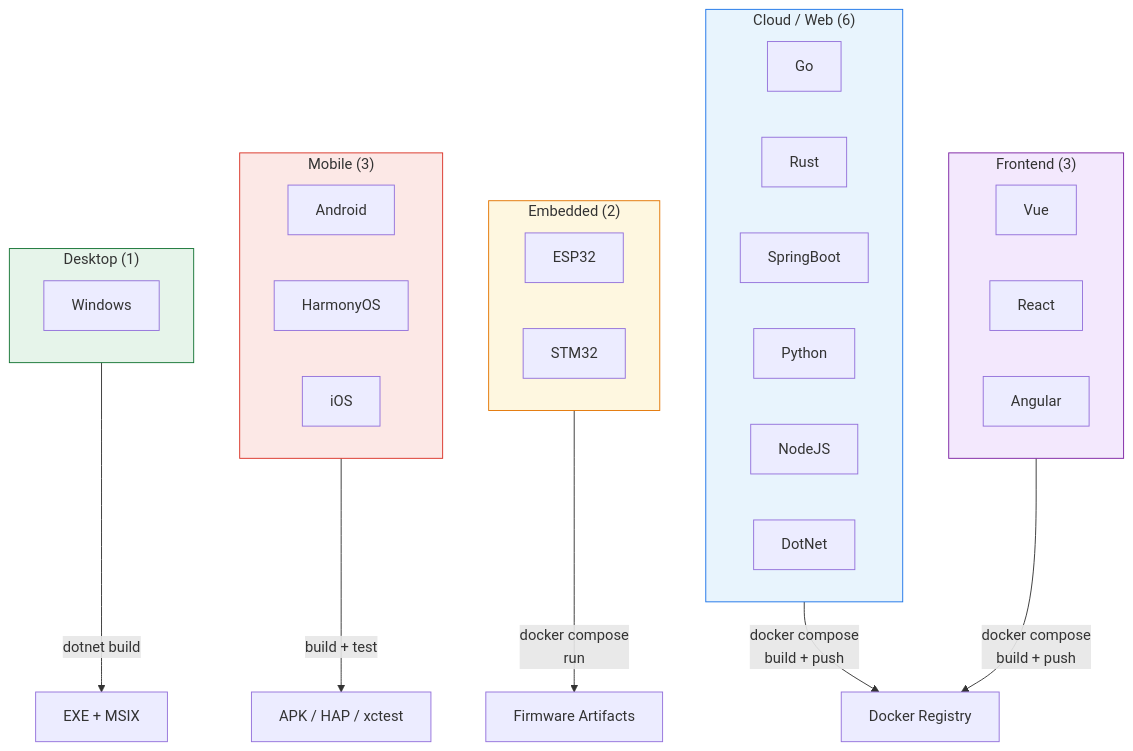
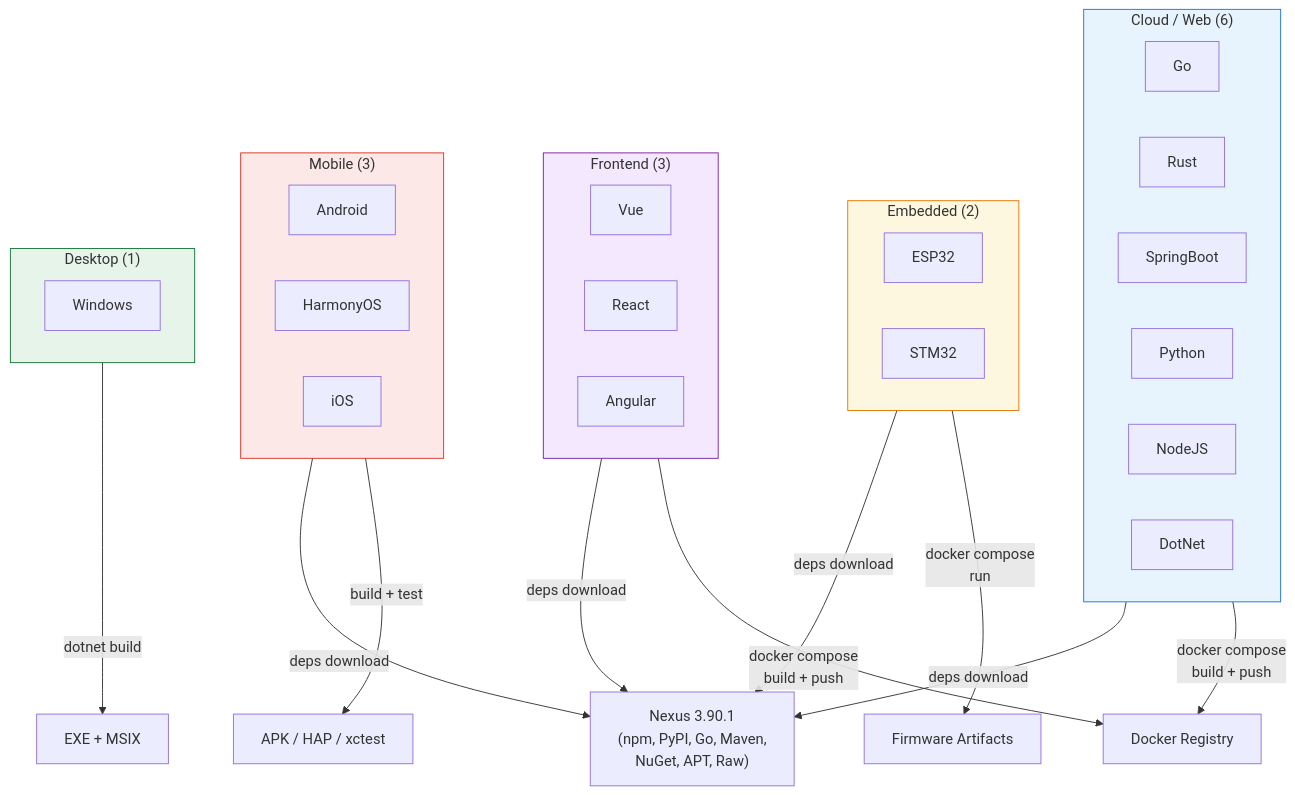
Before and after one commit to jrjohn/arcana-devops: the fourth of 5 diagrams in README.md, drawn with Mermaid. The commit also changed other lines of this file, not shown here.

Commit message:
docs: update README.md to reflect Nexus integration and 15/15 ALL GREEN

````diff
--- a/README.md
+++ b/README.md
@@ -316,34 +361,39 @@
 ```mermaid
 graph TD
     subgraph web ["Cloud / Web (6)"]
         Go & Rust & SpringBoot & Python & NodeJS & DotNet
     end
 
     subgraph frontend ["Frontend (3)"]
         Vue & React & Angular
     end
 
     subgraph embedded ["Embedded (2)"]
         ESP32 & STM32
     end
 
     subgraph mobile ["Mobile (3)"]
         Android & HarmonyOS & iOS
     end
 
     subgraph desktop ["Desktop (1)"]
         Windows
     end
 
     web -->|"docker compose<br/>build + push"| Registry["Docker Registry"]
     frontend -->|"docker compose<br/>build + push"| Registry
     embedded -->|"docker compose<br/>run"| Firmware["Firmware Artifacts"]
     mobile -->|"build + test"| APK["APK / HAP / xctest"]
     desktop -->|"dotnet build"| EXE["EXE + MSIX"]
 
+    web -->|"deps download"| Nexus["Nexus 3.90.1<br/>(npm, PyPI, Go, Maven,<br/>NuGet, APT, Raw)"]
+    frontend -->|"deps download"| Nexus
+    embedded -->|"deps download"| Nexus
+    mobile -->|"deps download"| Nexus
+
     style web fill:#e8f4fd,stroke:#1a73e8
     style frontend fill:#f3e8fd,stroke:#7b1fa2
     style embedded fill:#fef7e0,stroke:#e37400
     style mobile fill:#fce8e6,stroke:#d93025
     style desktop fill:#e6f4ea,stroke:#137333
 ```
````
